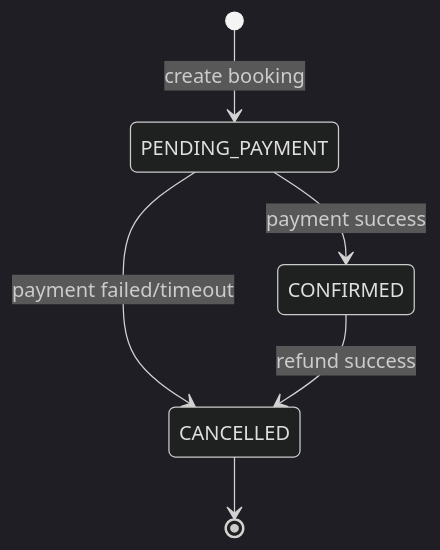
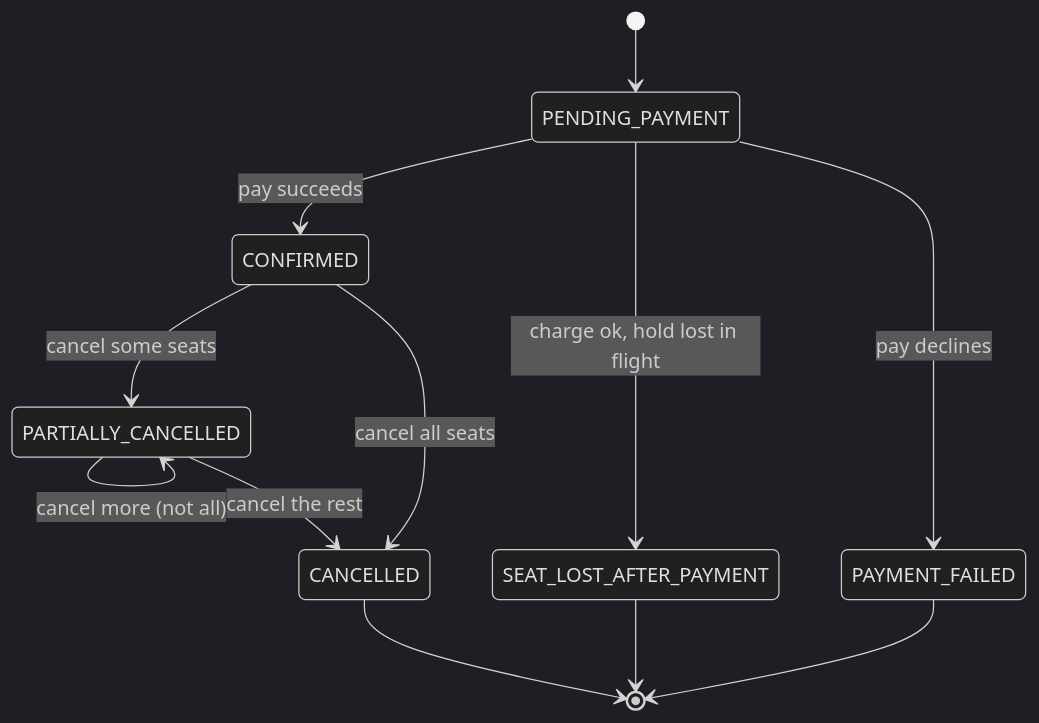
One commit to valarmorghulis42/cineagent changed the third of 3 diagrams in README.md. Above: the diagram before and after it, drawn with Mermaid (dark theme). The commit also changed other lines of this file and 2 other files, not shown here.

Commit message:
docs: add ARCHITECTURE.md, .env.example; update README for recent features

````diff
--- a/README.md
+++ b/README.md
@@ -109,8 +130,14 @@
 ```mermaid
 stateDiagram-v2
-    [*] --> PENDING_PAYMENT : create booking
-    PENDING_PAYMENT --> CONFIRMED : payment success
-    PENDING_PAYMENT --> CANCELLED : payment failed/timeout
-    CONFIRMED --> CANCELLED : refund success
+    [*] --> PENDING_PAYMENT
+    PENDING_PAYMENT --> CONFIRMED: pay succeeds
+    PENDING_PAYMENT --> PAYMENT_FAILED: pay declines
+    PENDING_PAYMENT --> SEAT_LOST_AFTER_PAYMENT: charge ok, hold lost in flight
+    CONFIRMED --> PARTIALLY_CANCELLED: cancel some seats
+    CONFIRMED --> CANCELLED: cancel all seats
+    PARTIALLY_CANCELLED --> PARTIALLY_CANCELLED: cancel more (not all)
+    PARTIALLY_CANCELLED --> CANCELLED: cancel the rest
+    PAYMENT_FAILED --> [*]
+    SEAT_LOST_AFTER_PAYMENT --> [*]
     CANCELLED --> [*]
 ```
````
